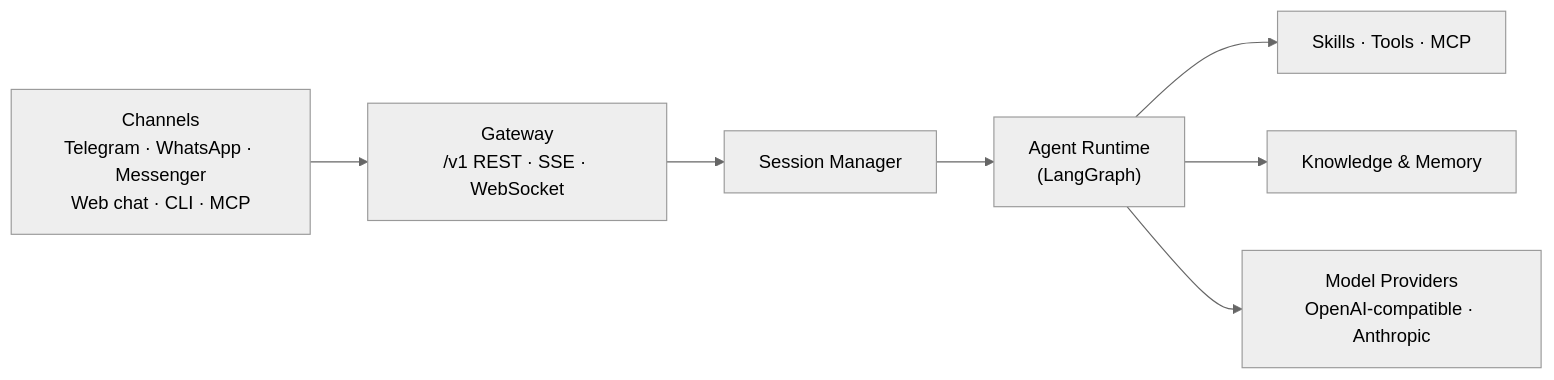
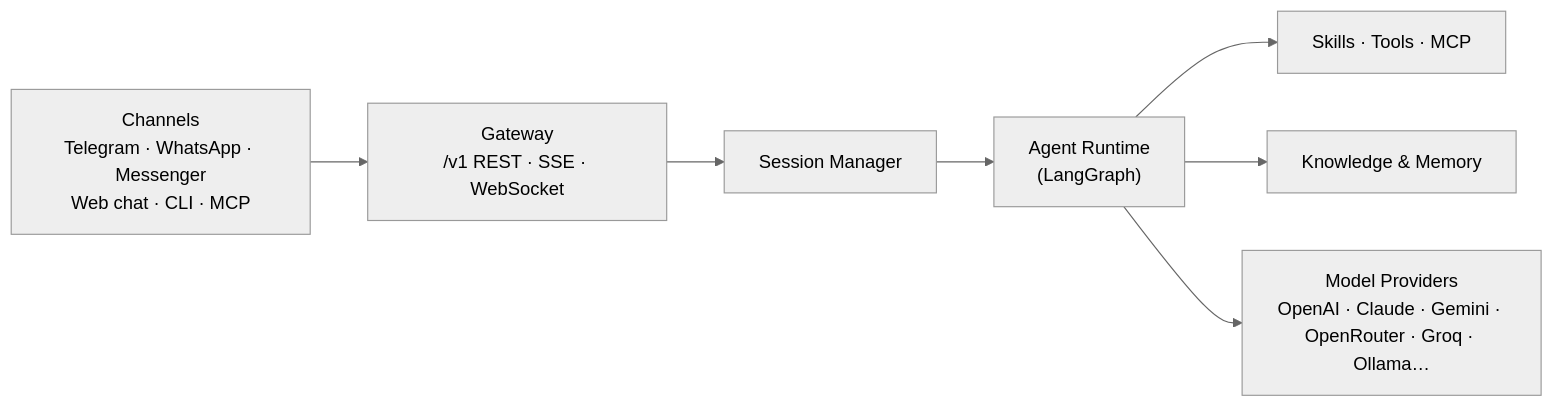
The diagram in README.md (Entrogic/banglaclaw), drawn with Mermaid (neutral theme) before and after one commit. The commit also changed other lines of this file and 9 other files, not shown here.

````diff
--- a/README.md
+++ b/README.md
@@ -132,9 +146,9 @@
 ```mermaid
 flowchart LR
     C["Channels<br/>Telegram · WhatsApp · Messenger<br/>Web chat · CLI · MCP"] --> G["Gateway<br/>/v1 REST · SSE · WebSocket"]
     G --> S["Session Manager"]
     S --> A["Agent Runtime<br/>(LangGraph)"]
     A --> T["Skills · Tools · MCP"]
     A --> K["Knowledge & Memory"]
-    A --> P["Model Providers<br/>OpenAI-compatible · Anthropic"]
+    A --> P["Model Providers<br/>OpenAI · Claude · Gemini · OpenRouter · Groq · Ollama…"]
 ```
````
